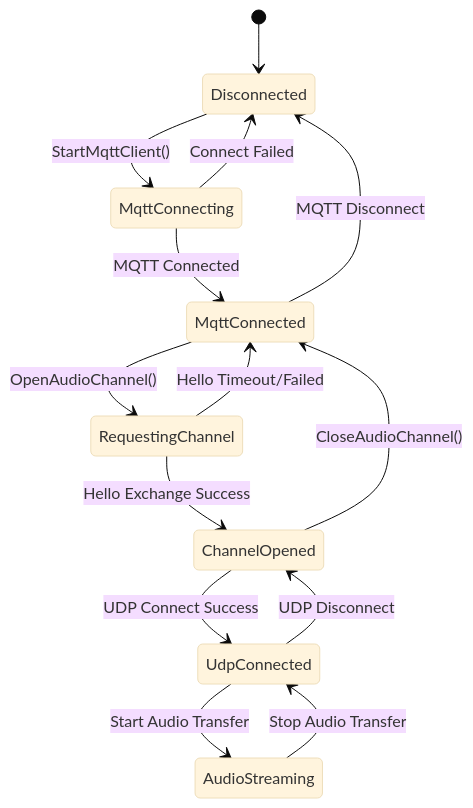
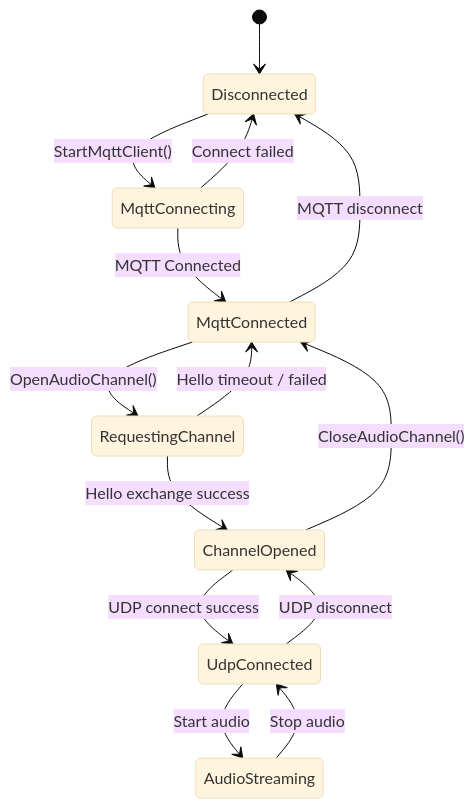
The second of 2 diagrams in docs/mqtt-udp.md (78/xiaozhi-esp32), drawn with Mermaid (base theme) before and after one commit. The commit also changed other lines of this file and 14 other files, not shown here.

````diff
--- a/docs/mqtt-udp.md
+++ b/docs/mqtt-udp.md
@@ -230,17 +247,17 @@
 ```mermaid
 stateDiagram
     direction TB
     [*] --> Disconnected
     Disconnected --> MqttConnecting: StartMqttClient()
     MqttConnecting --> MqttConnected: MQTT Connected
-    MqttConnecting --> Disconnected: Connect Failed
+    MqttConnecting --> Disconnected: Connect failed
     MqttConnected --> RequestingChannel: OpenAudioChannel()
-    RequestingChannel --> ChannelOpened: Hello Exchange Success
-    RequestingChannel --> MqttConnected: Hello Timeout/Failed
-    ChannelOpened --> UdpConnected: UDP Connect Success
-    UdpConnected --> AudioStreaming: Start Audio Transfer
-    AudioStreaming --> UdpConnected: Stop Audio Transfer
-    UdpConnected --> ChannelOpened: UDP Disconnect
+    RequestingChannel --> ChannelOpened: Hello exchange success
+    RequestingChannel --> MqttConnected: Hello timeout / failed
+    ChannelOpened --> UdpConnected: UDP connect success
+    UdpConnected --> AudioStreaming: Start audio
+    AudioStreaming --> UdpConnected: Stop audio
+    UdpConnected --> ChannelOpened: UDP disconnect
     ChannelOpened --> MqttConnected: CloseAudioChannel()
-    MqttConnected --> Disconnected: MQTT Disconnect
+    MqttConnected --> Disconnected: MQTT disconnect
 ```
````
